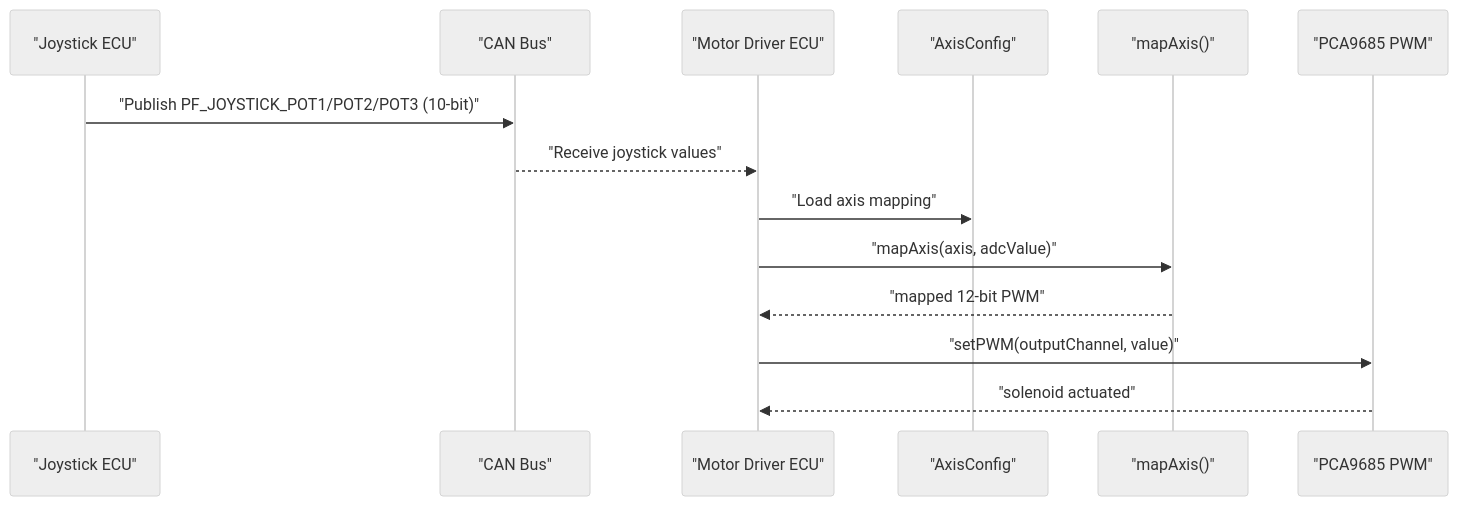
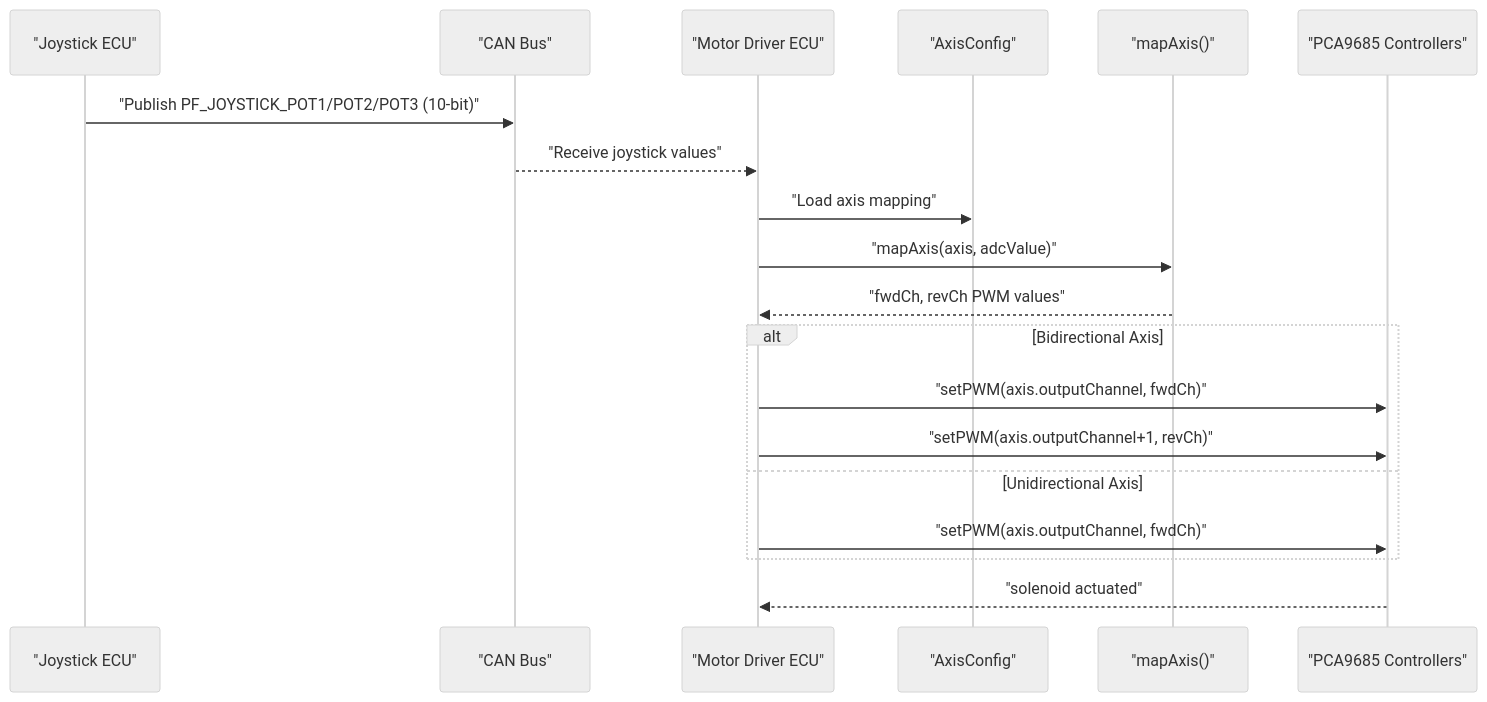
One commit to gunicsba/ESP_CAN_ECU_joystick_collection changed the second of 5 diagrams in .qoder/repowiki/en/content/ECU Implementations/Motor Driver ECU/PWM Mapping Algorithm.md. Above: the diagram before and after it, drawn with Mermaid (neutral theme). The commit also changed other lines of this file and 11 other files, not shown here.

````diff
--- a/.qoder/repowiki/en/content/ECU Implementations/Motor Driver ECU/PWM Mapping Algorithm.md
+++ b/.qoder/repowiki/en/content/ECU Implementations/Motor Driver ECU/PWM Mapping Algorithm.md
@@ -84,16 +101,21 @@
 ```mermaid
 sequenceDiagram
 participant J as "Joystick ECU"
 participant CAN as "CAN Bus"
 participant MD as "Motor Driver ECU"
 participant CFG as "AxisConfig"
 participant MAP as "mapAxis()"
-participant PWM as "PCA9685 PWM"
+participant PCA as "PCA9685 Controllers"
 J->>CAN : "Publish PF_JOYSTICK_POT1/POT2/POT3 (10-bit)"
 CAN-->>MD : "Receive joystick values"
 MD->>CFG : "Load axis mapping"
 MD->>MAP : "mapAxis(axis, adcValue)"
-MAP-->>MD : "mapped 12-bit PWM"
-MD->>PWM : "setPWM(outputChannel, value)"
-PWM-->>MD : "solenoid actuated"
+MAP-->>MD : "fwdCh, revCh PWM values"
+alt Bidirectional Axis
+MD->>PCA : "setPWM(axis.outputChannel, fwdCh)"
+MD->>PCA : "setPWM(axis.outputChannel+1, revCh)"
+else Unidirectional Axis
+MD->>PCA : "setPWM(axis.outputChannel, fwdCh)"
+end
+PCA-->>MD : "solenoid actuated"
 ```
````
